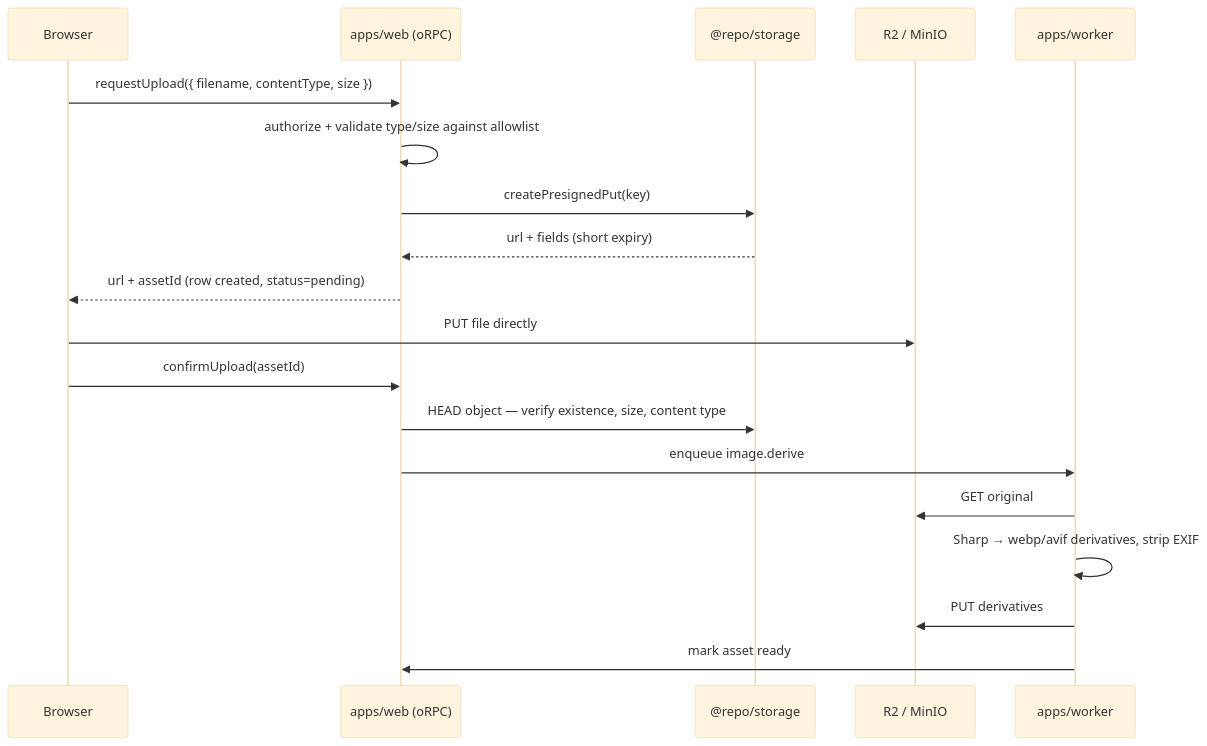
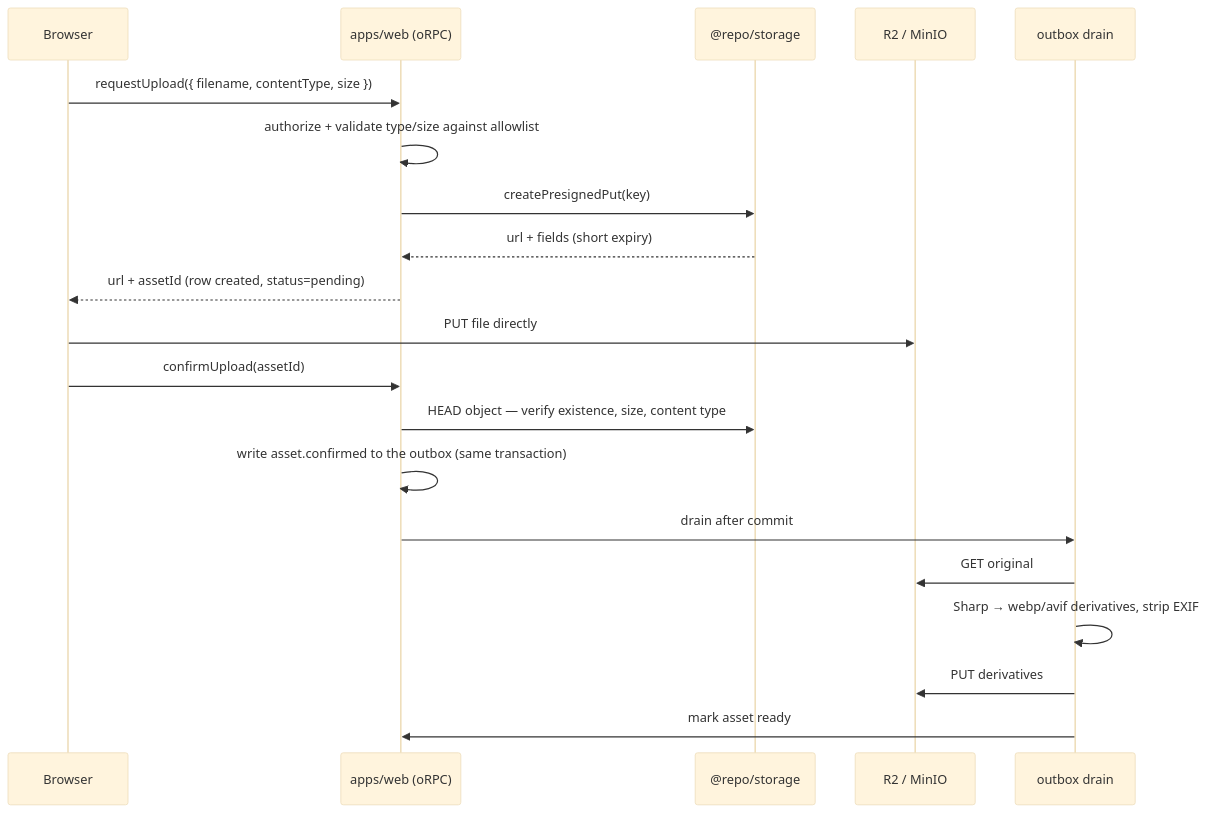
Before and after one commit to jleveneur/nextjs-boilerplate: the third of 3 diagrams in docs/architecture/06-data-and-storage.md, drawn with Mermaid (base theme). The commit also changed other lines of this file and 349 other files, not shown here.

````diff
--- a/docs/architecture/06-data-and-storage.md
+++ b/docs/architecture/06-data-and-storage.md
@@ -204,22 +205,23 @@
 ```mermaid
 sequenceDiagram
     participant B as Browser
     participant A as apps/web (oRPC)
     participant S as @repo/storage
     participant R as R2 / MinIO
-    participant W as apps/worker
+    participant X as outbox drain
 
     B->>A: requestUpload({ filename, contentType, size })
     A->>A: authorize + validate type/size against allowlist
     A->>S: createPresignedPut(key)
     S-->>A: url + fields (short expiry)
     A-->>B: url + assetId (row created, status=pending)
     B->>R: PUT file directly
     B->>A: confirmUpload(assetId)
     A->>S: HEAD object — verify existence, size, content type
-    A->>W: enqueue image.derive
-    W->>R: GET original
-    W->>W: Sharp → webp/avif derivatives, strip EXIF
-    W->>R: PUT derivatives
-    W->>A: mark asset ready
+    A->>A: write asset.confirmed to the outbox (same transaction)
+    A->>X: drain after commit
+    X->>R: GET original
+    X->>X: Sharp → webp/avif derivatives, strip EXIF
+    X->>R: PUT derivatives
+    X->>A: mark asset ready
 ```
````
